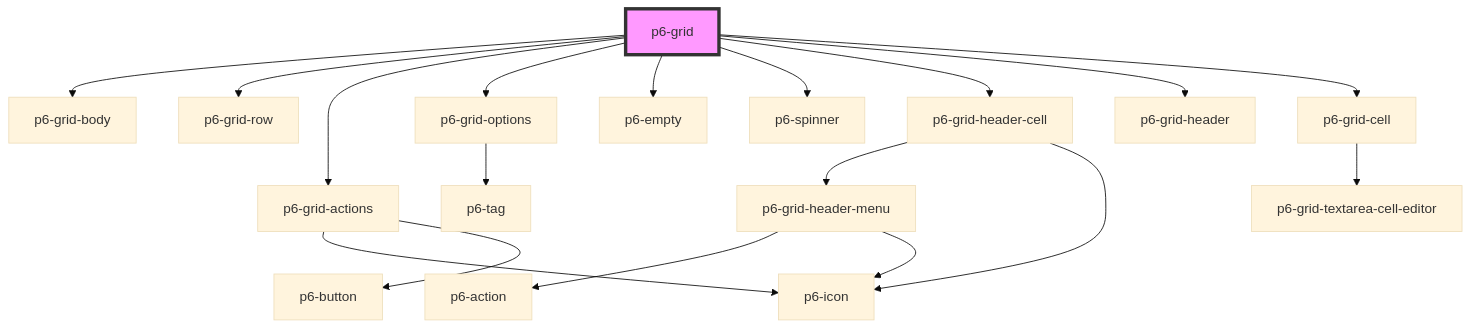
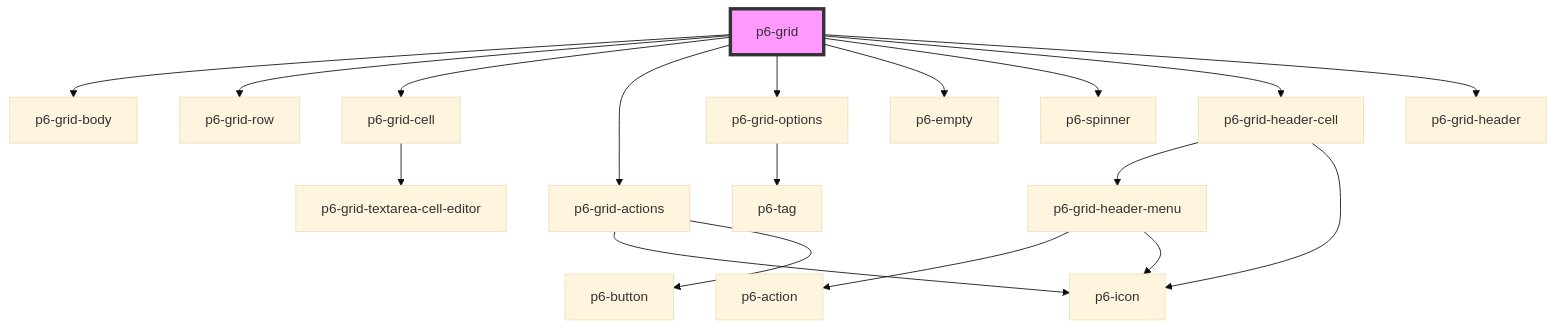
The diagram in packages/core/src/components/organisms/p6-grid/readme.md (amalto/platform6-ui-components), drawn with Mermaid (base theme) before and after one commit. The commit also changed other lines of this file and 10 other files, not shown here.

````diff
--- a/packages/core/src/components/organisms/p6-grid/readme.md
+++ b/packages/core/src/components/organisms/p6-grid/readme.md
@@ -37,21 +79,21 @@
 ```mermaid
 graph TD;
   p6-grid --> p6-grid-body
   p6-grid --> p6-grid-row
+  p6-grid --> p6-grid-cell
   p6-grid --> p6-grid-actions
   p6-grid --> p6-grid-options
   p6-grid --> p6-empty
   p6-grid --> p6-spinner
   p6-grid --> p6-grid-header-cell
   p6-grid --> p6-grid-header
-  p6-grid --> p6-grid-cell
+  p6-grid-cell --> p6-grid-textarea-cell-editor
   p6-grid-actions --> p6-icon
   p6-grid-actions --> p6-button
   p6-grid-options --> p6-tag
   p6-grid-header-cell --> p6-grid-header-menu
   p6-grid-header-cell --> p6-icon
   p6-grid-header-menu --> p6-action
   p6-grid-header-menu --> p6-icon
-  p6-grid-cell --> p6-grid-textarea-cell-editor
   style p6-grid fill:#f9f,stroke:#333,stroke-width:4px
 ```
````
